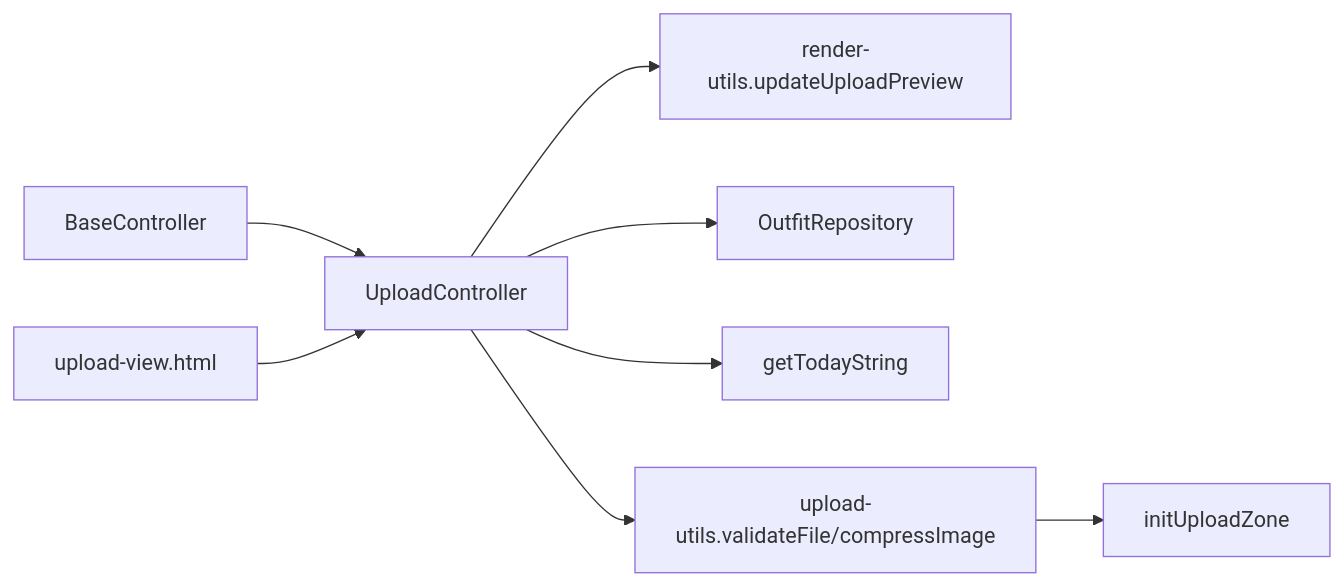
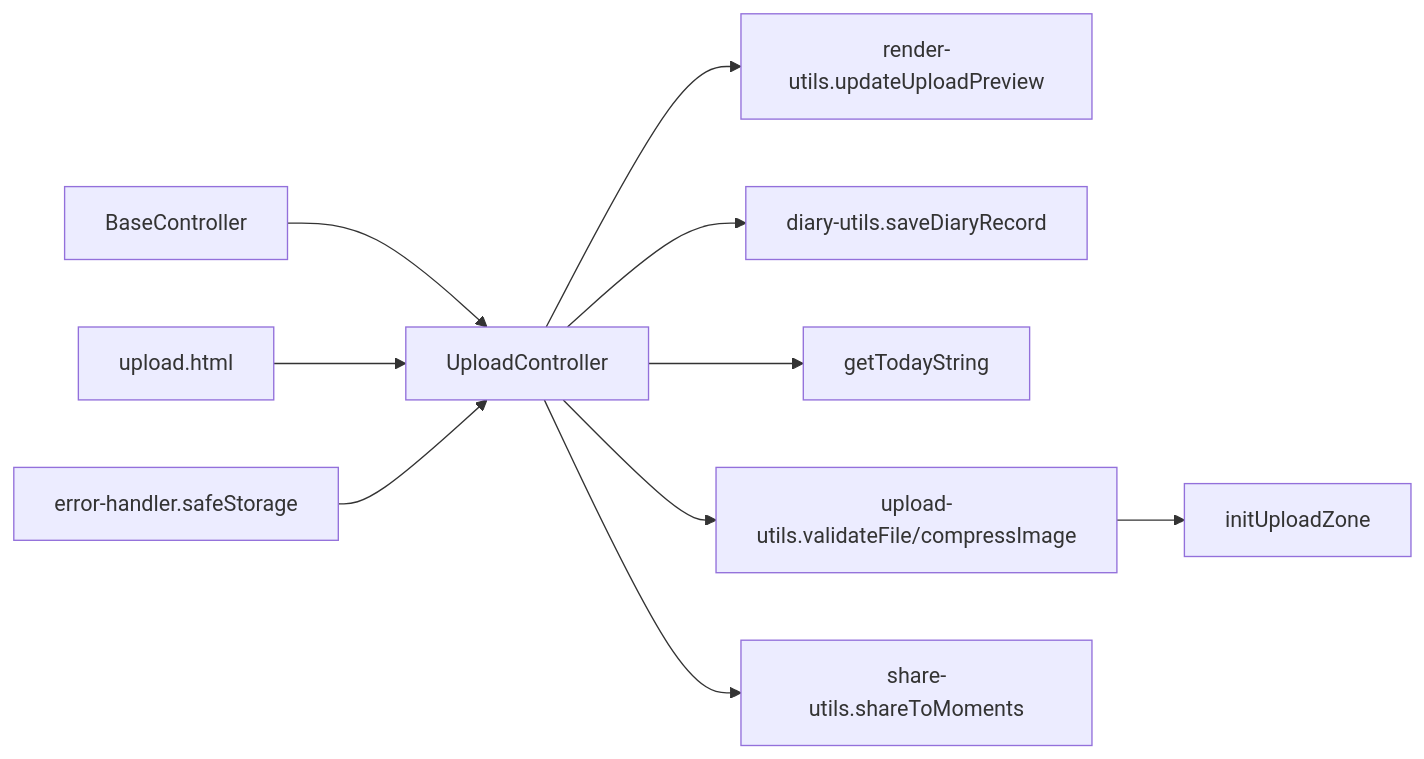
Before and after one commit to jeankeim/wuxing-fashion: the fifth of 5 diagrams in .qoder/repowiki/zh/content/控制器系统/上传功能控制器.md, drawn with Mermaid. The commit also changed other lines of this file and 27 other files, not shown here.

````diff
--- a/.qoder/repowiki/zh/content/控制器系统/上传功能控制器.md
+++ b/.qoder/repowiki/zh/content/控制器系统/上传功能控制器.md
@@ -263,10 +334,12 @@
 ```mermaid
 graph LR
 BC["BaseController"] --> UC["UploadController"]
 UC --> RV["render-utils.updateUploadPreview"]
-UC --> OR["OutfitRepository"]
+UC --> DR["diary-utils.saveDiaryRecord"]
 UC --> GT["getTodayString"]
 UC --> UV["upload-utils.validateFile/compressImage"]
+UC --> SH["share-utils.shareToMoments"]
 UV --> IUZ["initUploadZone"]
-VU["upload-view.html"] --> UC
+VU["upload.html"] --> UC
+EH["error-handler.safeStorage"] --> UC
 ```
````
